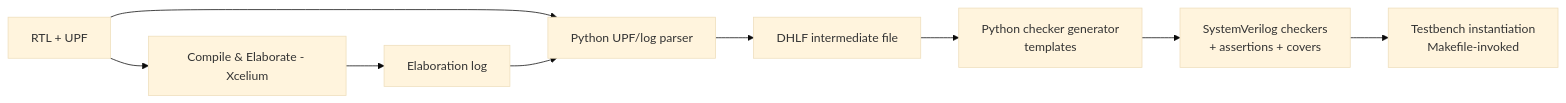
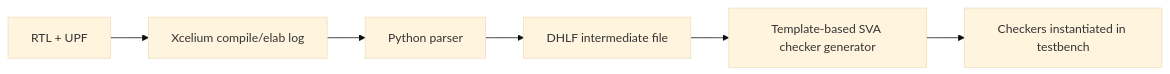
Before and after one commit to nemo99007/yt-paper: the diagram in docs/papers/ref-20261018-8b44-automation-for-early-detection-of-x-propagation-in-power-awa.md, drawn with Mermaid (base theme). The commit also changed other lines of this file and 29 other files, not shown here.

````diff
--- a/docs/papers/ref-20261018-8b44-automation-for-early-detection-of-x-propagation-in-power-awa.md
+++ b/docs/papers/ref-20261018-8b44-automation-for-early-detection-of-x-propagation-in-power-awa.md
@@ -186,11 +160,8 @@
 ```mermaid
 flowchart LR
-    A[RTL + UPF] --> B[Compile & Elaborate - Xcelium]
-    B --> C[Elaboration log]
-    A --> D[Python UPF/log parser]
-    C --> D
-    D --> E[DHLF intermediate file]
-    E --> F[Python checker generator<br/>templates]
-    F --> G[SystemVerilog checkers<br/>+ assertions + covers]
-    G --> H[Testbench instantiation<br/>Makefile-invoked]
+  A[RTL + UPF] --> B[Xcelium compile/elab log]
+  B --> C[Python parser]
+  C --> D[DHLF intermediate file]
+  D --> E[Template-based SVA checker generator]
+  E --> F[Checkers instantiated in testbench]
 ```
````
